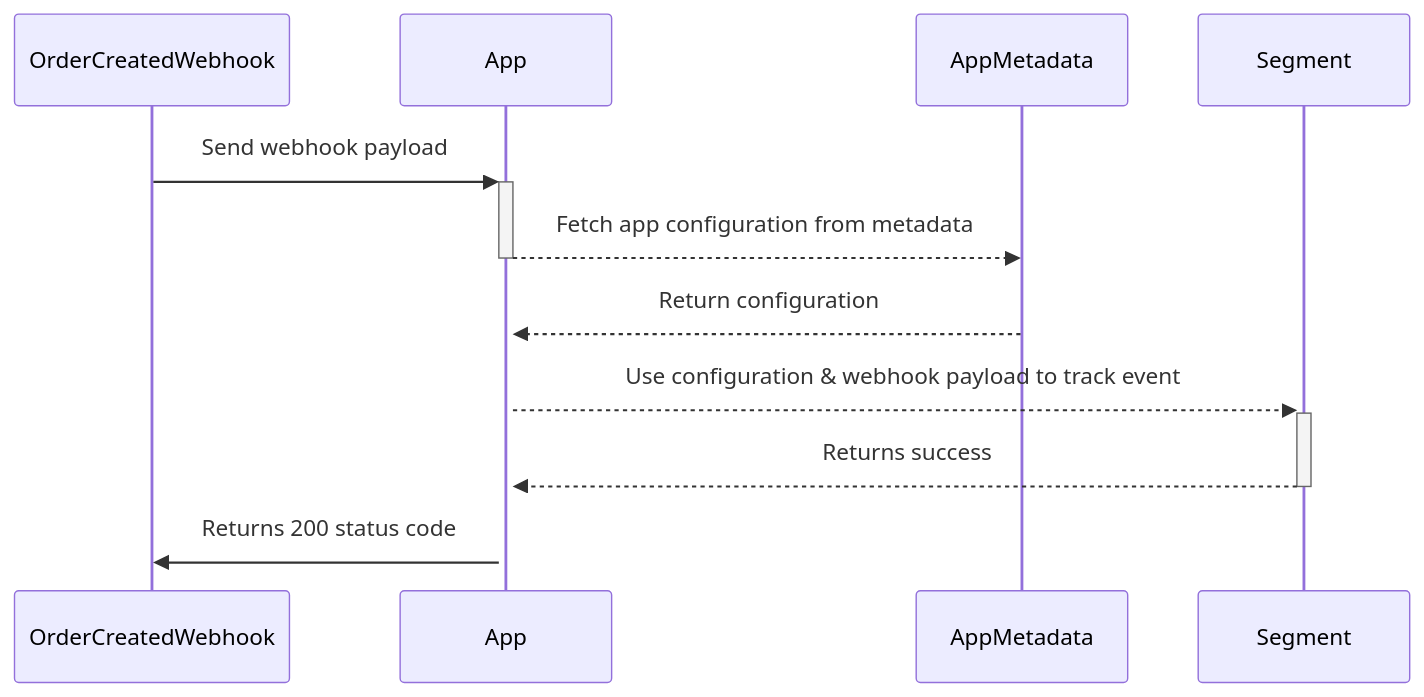
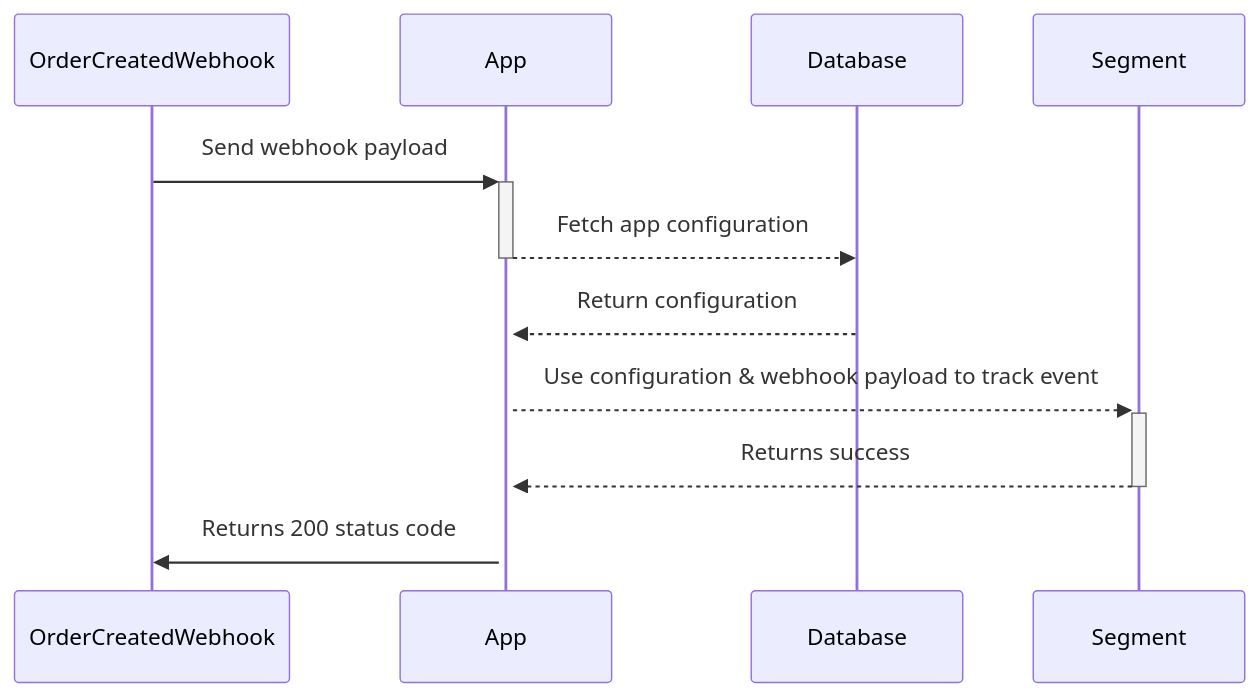
The diagram in docs/developer/app-store/apps/segment.mdx (saleor/saleor-docs), drawn with Mermaid before and after one commit. The commit also changed other lines of this file, not shown here.

Commit message:
Fix segment docs: diagram and event used for testing (#1447)

````diff
--- a/docs/developer/app-store/apps/segment.mdx
+++ b/docs/developer/app-store/apps/segment.mdx
@@ -67,9 +67,9 @@
 ```mermaid
 sequenceDiagram
     OrderCreatedWebhook->>+App: Send webhook payload
-    App-->>-AppMetadata: Fetch app configuration from metadata
-    AppMetadata-->>+App: Return configuration
+    App-->>-Database: Fetch app configuration
+    Database-->>+App: Return configuration
     App-->>+Segment: Use configuration & webhook payload to track event
     Segment-->>-App: Returns success
     App->>OrderCreatedWebhook: Returns 200 status code
 ```
````
